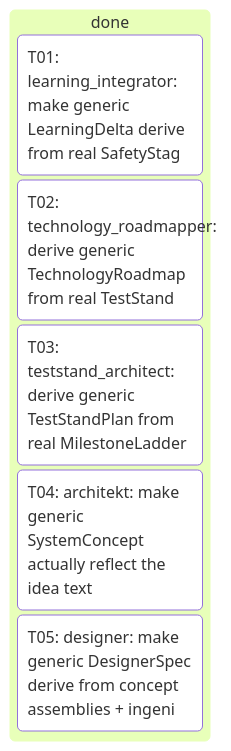
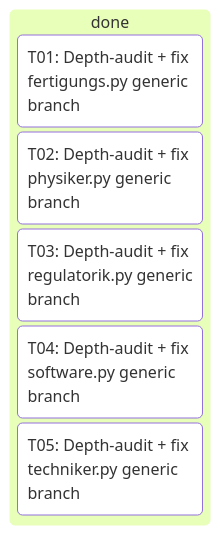
One commit to Oz4462/genesis changed the first of 2 diagrams in docs/portfolio/index.md. Above: the diagram before and after it, drawn with Mermaid. The commit also changed other lines of this file, not shown here.

````diff
--- a/docs/portfolio/index.md
+++ b/docs/portfolio/index.md
@@ -11,9 +11,9 @@
 ```mermaid
 kanban
   done
-    nT01[T01: learning_integrator: make generic LearningDelta derive from real SafetyStag]
-    nT02[T02: technology_roadmapper: derive generic TechnologyRoadmap from real TestStand]
-    nT03[T03: teststand_architect: derive generic TestStandPlan from real MilestoneLadder]
-    nT04[T04: architekt: make generic SystemConcept actually reflect the idea text]
-    nT05[T05: designer: make generic DesignerSpec derive from concept assemblies + ingeni]
+    nT01[T01: Depth-audit + fix fertigungs.py generic branch]
+    nT02[T02: Depth-audit + fix physiker.py generic branch]
+    nT03[T03: Depth-audit + fix regulatorik.py generic branch]
+    nT04[T04: Depth-audit + fix software.py generic branch]
+    nT05[T05: Depth-audit + fix techniker.py generic branch]
 ```
````
